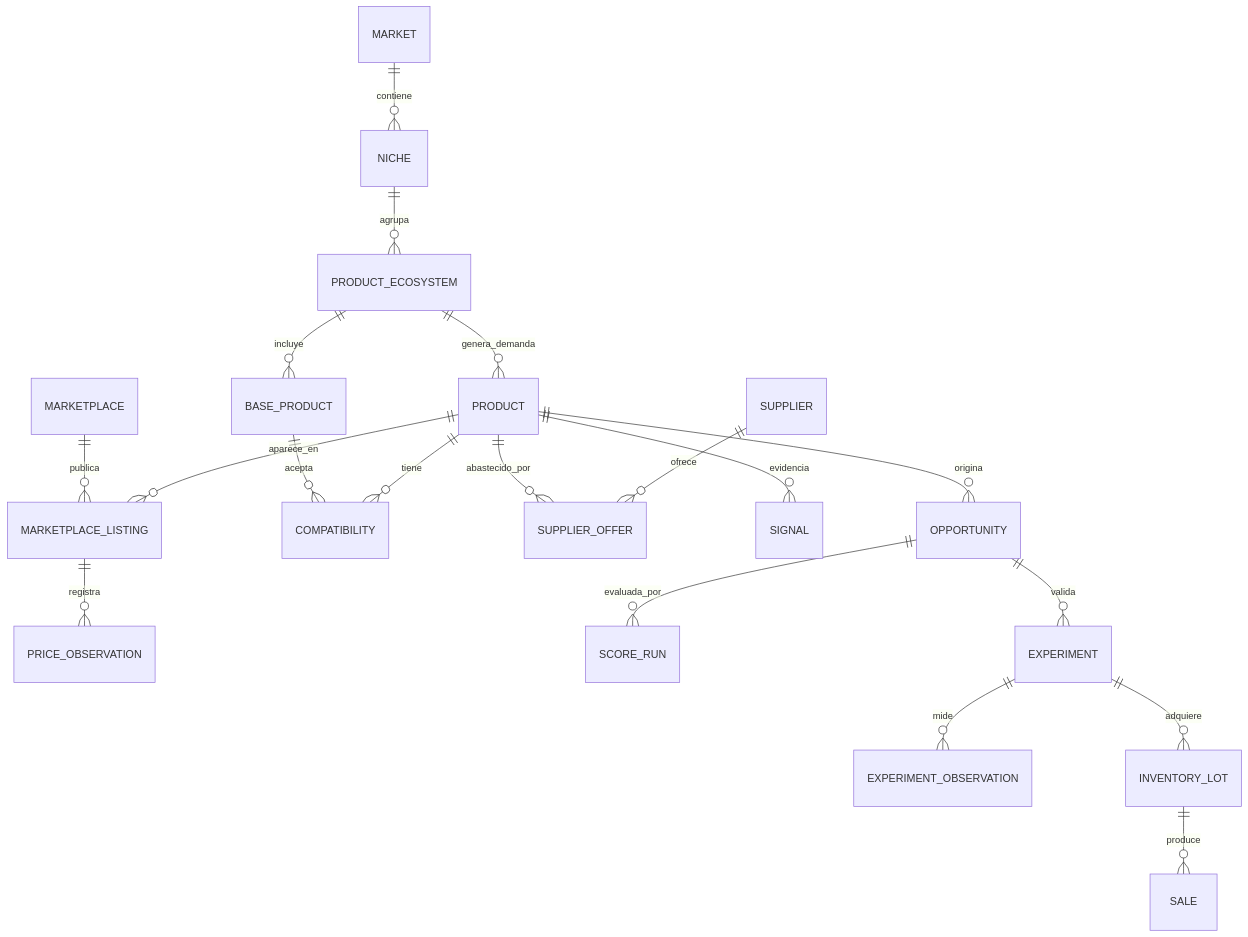
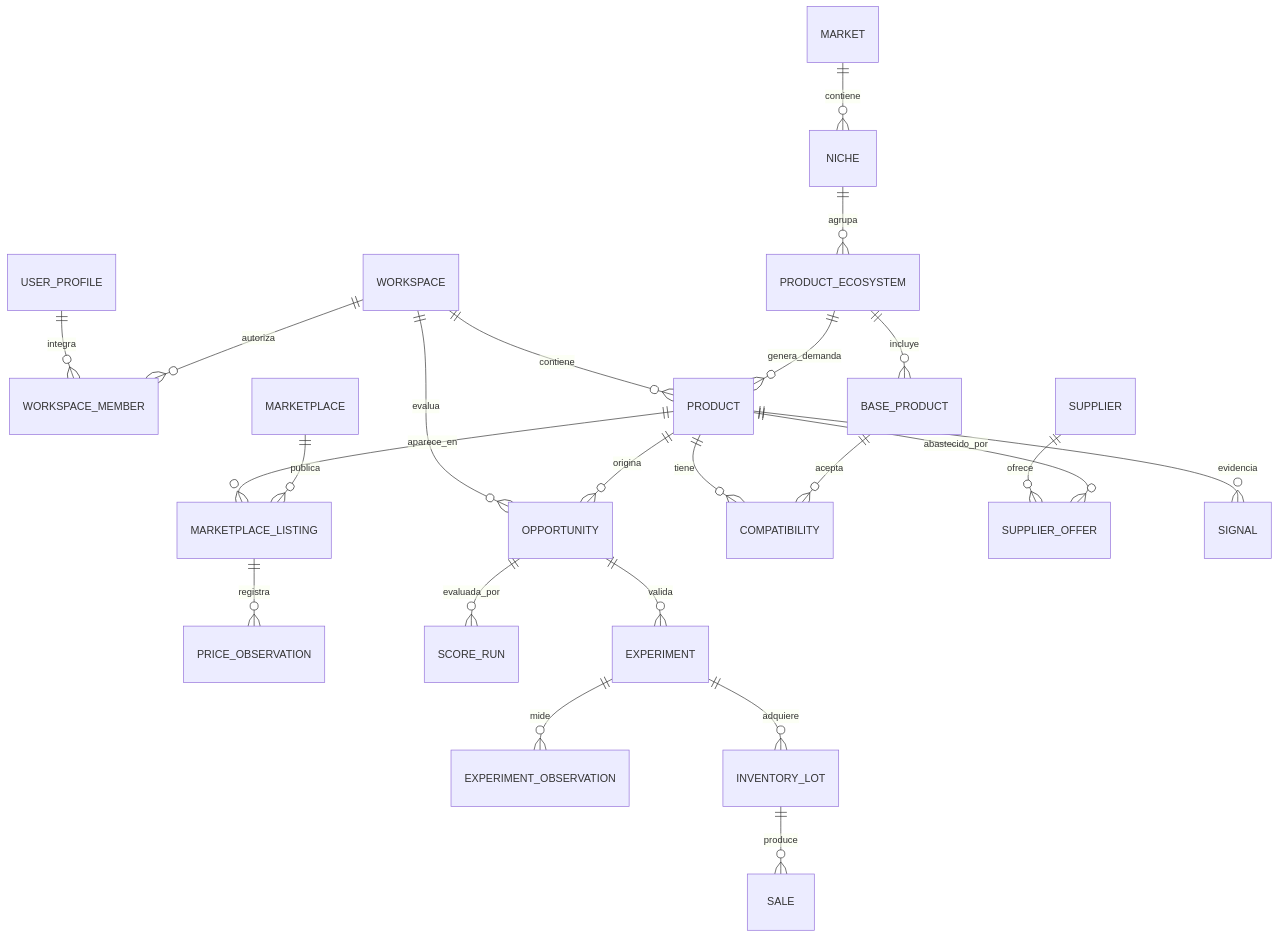
The diagram in docs/architecture/DATA_MODEL.md (Gabriellqe/COIE), drawn with Mermaid before and after one commit. The commit also changed other lines of this file and 52 other files, not shown here.

````diff
--- a/docs/architecture/DATA_MODEL.md
+++ b/docs/architecture/DATA_MODEL.md
@@ -28,21 +29,25 @@
 ```mermaid
 erDiagram
+    USER_PROFILE ||--o{ WORKSPACE_MEMBER : integra
+    WORKSPACE ||--o{ WORKSPACE_MEMBER : autoriza
+    WORKSPACE ||--o{ PRODUCT : contiene
+    WORKSPACE ||--o{ OPPORTUNITY : evalua
     MARKET ||--o{ NICHE : contiene
     NICHE ||--o{ PRODUCT_ECOSYSTEM : agrupa
     PRODUCT_ECOSYSTEM ||--o{ BASE_PRODUCT : incluye
     PRODUCT_ECOSYSTEM ||--o{ PRODUCT : genera_demanda
     PRODUCT ||--o{ MARKETPLACE_LISTING : aparece_en
     MARKETPLACE ||--o{ MARKETPLACE_LISTING : publica
     MARKETPLACE_LISTING ||--o{ PRICE_OBSERVATION : registra
     PRODUCT ||--o{ COMPATIBILITY : tiene
     BASE_PRODUCT ||--o{ COMPATIBILITY : acepta
     SUPPLIER ||--o{ SUPPLIER_OFFER : ofrece
     PRODUCT ||--o{ SUPPLIER_OFFER : abastecido_por
     PRODUCT ||--o{ SIGNAL : evidencia
     PRODUCT ||--o{ OPPORTUNITY : origina
     OPPORTUNITY ||--o{ SCORE_RUN : evaluada_por
     OPPORTUNITY ||--o{ EXPERIMENT : valida
     EXPERIMENT ||--o{ EXPERIMENT_OBSERVATION : mide
     EXPERIMENT ||--o{ INVENTORY_LOT : adquiere
     INVENTORY_LOT ||--o{ SALE : produce
 ```
````
